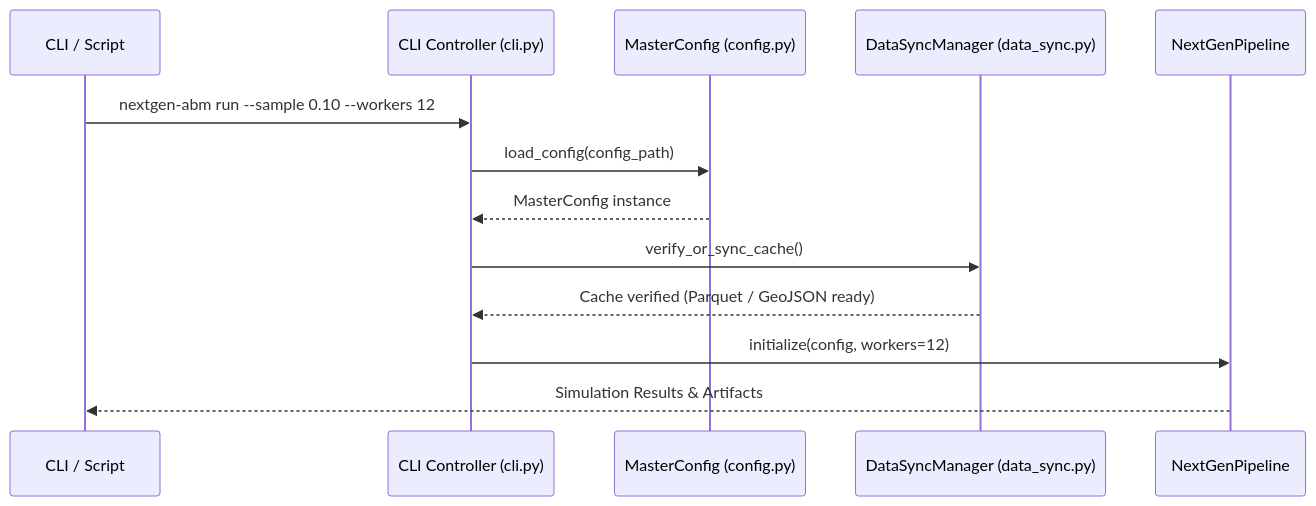
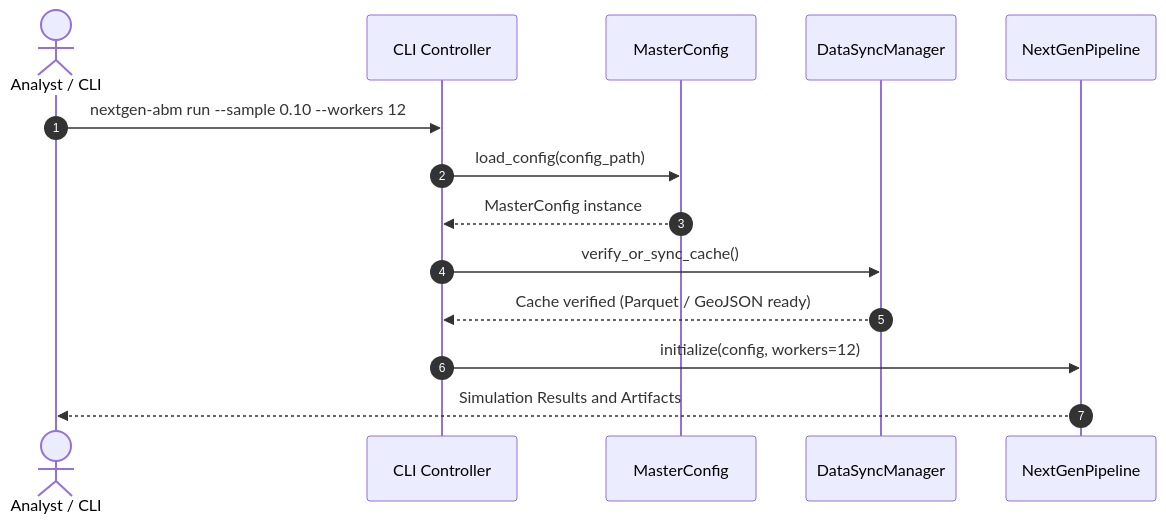
The second of 6 diagrams in technical_features.md (rskris/nextgen_abm), drawn with Mermaid before and after one commit. The commit also changed other lines of this file and 1 other file, not shown here.

Commit message:
fix(docs): Repair Mermaid diagram syntax and flowcharts across documentation

````diff
--- a/technical_features.md
+++ b/technical_features.md
@@ -107,16 +107,17 @@
 ```mermaid
 sequenceDiagram
-    participant User as CLI / Script
-    participant CLI as CLI Controller (cli.py)
-    participant Config as MasterConfig (config.py)
-    participant Sync as DataSyncManager (data_sync.py)
+    autonumber
+    actor User as Analyst / CLI
+    participant CLI as CLI Controller
+    participant Config as MasterConfig
+    participant Sync as DataSyncManager
     participant Pipeline as NextGenPipeline
 
     User->>CLI: nextgen-abm run --sample 0.10 --workers 12
     CLI->>Config: load_config(config_path)
     Config-->>CLI: MasterConfig instance
     CLI->>Sync: verify_or_sync_cache()
     Sync-->>CLI: Cache verified (Parquet / GeoJSON ready)
     CLI->>Pipeline: initialize(config, workers=12)
-    Pipeline-->>User: Simulation Results & Artifacts
+    Pipeline-->>User: Simulation Results and Artifacts
 ```
````
